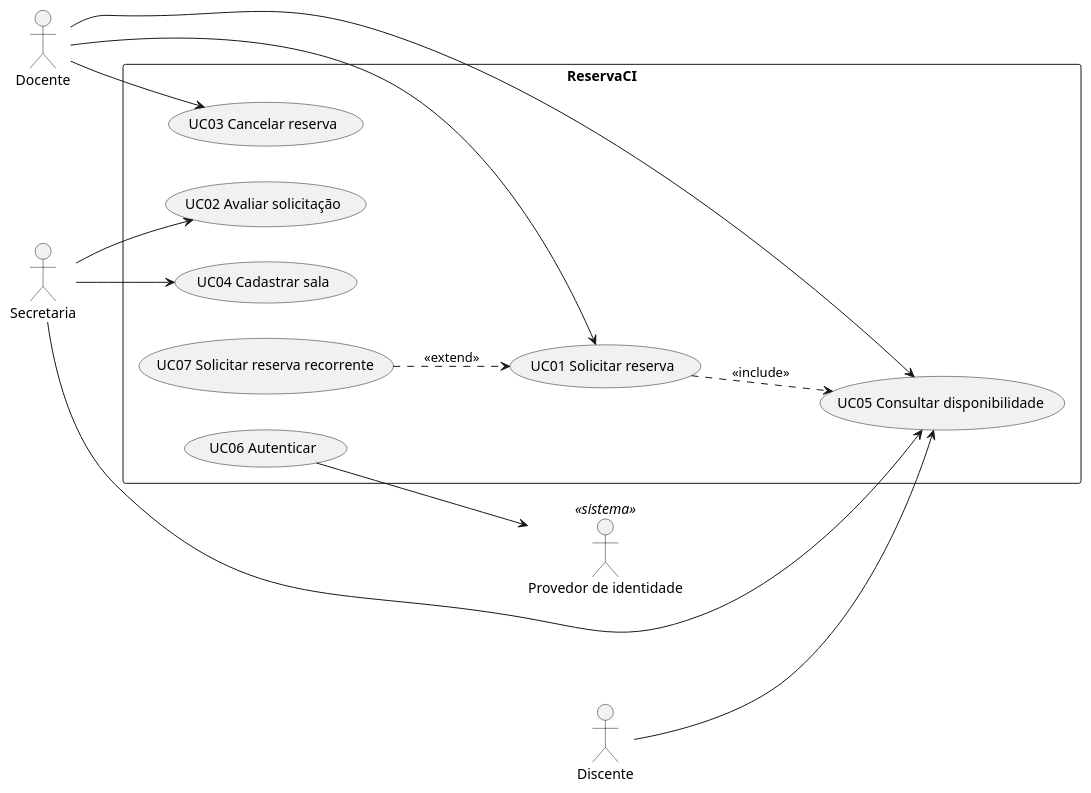
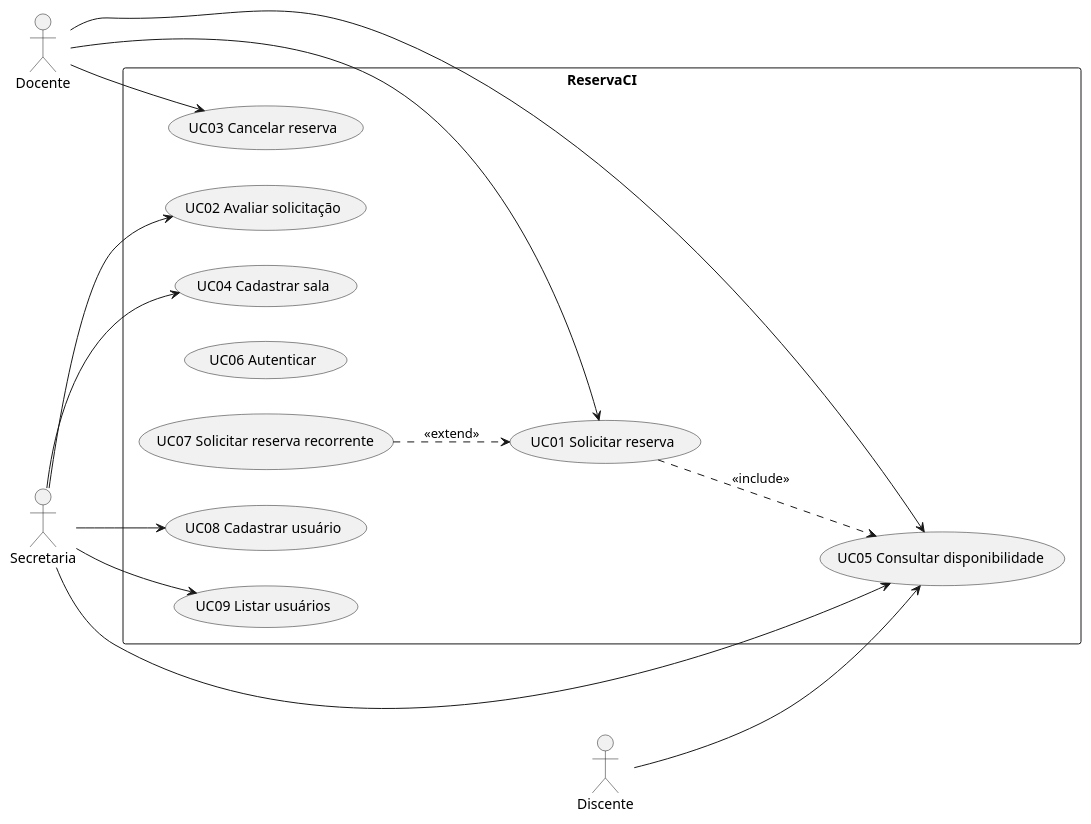
One commit to rkulesza/mps-modelo changed the diagram in docs/04-casos-de-uso/casos-de-uso.puml. Above: the diagram before and after it, drawn with PlantUML. The commit also changed 16 other files, not shown here.

```diff
--- a/docs/04-casos-de-uso/casos-de-uso.puml
+++ b/docs/04-casos-de-uso/casos-de-uso.puml
@@ -1,30 +1,32 @@
 @startuml casos-de-uso
 left to right direction
 skinparam packageStyle rectangle
 
 actor Docente
 actor Secretaria
 actor Discente
-actor "Provedor de identidade" as IdP <<sistema>>
 
 rectangle ReservaCI {
   usecase "UC01 Solicitar reserva" as UC01
   usecase "UC02 Avaliar solicitação" as UC02
   usecase "UC03 Cancelar reserva" as UC03
   usecase "UC04 Cadastrar sala" as UC04
   usecase "UC05 Consultar disponibilidade" as UC05
   usecase "UC06 Autenticar" as UC06
   usecase "UC07 Solicitar reserva recorrente" as UC07
+  usecase "UC08 Cadastrar usuário" as UC08
+  usecase "UC09 Listar usuários" as UC09
 }
 
 Docente --> UC01
 Docente --> UC03
 Docente --> UC05
 Discente --> UC05
 Secretaria --> UC02
 Secretaria --> UC04
 Secretaria --> UC05
 UC01 ..> UC05 : <<include>>
 UC07 ..> UC01 : <<extend>>
-UC06 --> IdP
+Secretaria --> UC08
+Secretaria --> UC09
 @enduml
```
